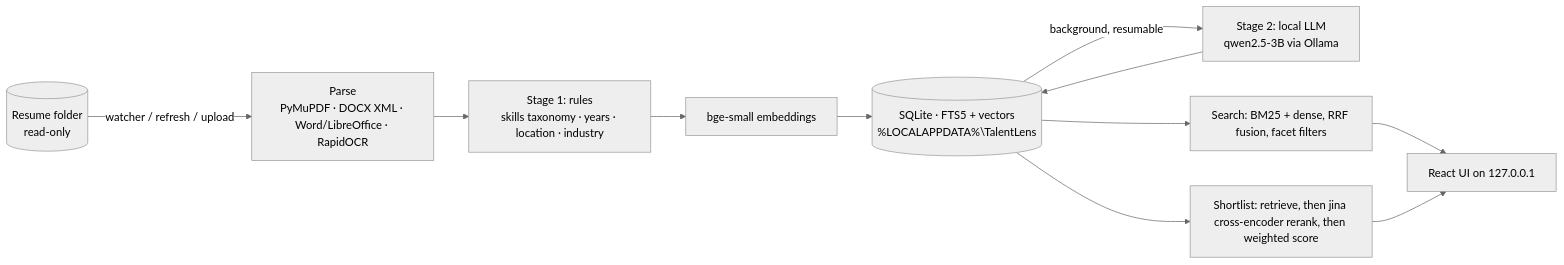
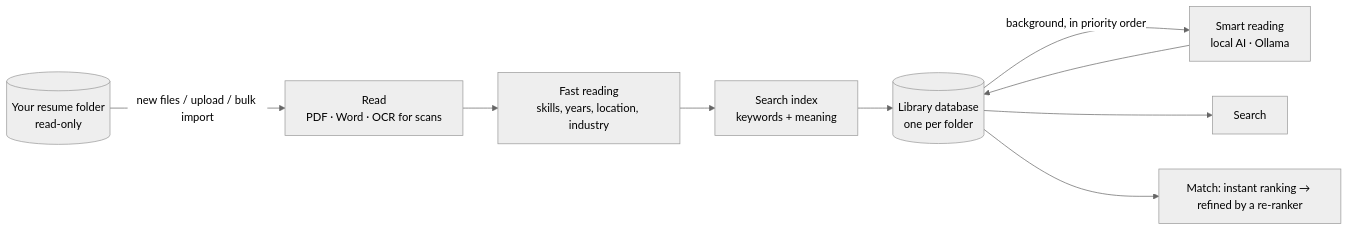
The diagram in README.md (Punosie/talentlens), drawn with Mermaid (neutral theme) before and after one commit. The commit also changed other lines of this file and 22 other files, not shown here.

````diff
--- a/README.md
+++ b/README.md
@@ -64,12 +118,11 @@
 ```mermaid
 flowchart LR
-  F[(Resume folder<br/>read-only)] -->|watcher / refresh / upload| P[Parse<br/>PyMuPDF · DOCX XML · Word/LibreOffice · RapidOCR]
-  P --> R[Stage 1: rules<br/>skills taxonomy · years · location · industry]
-  R --> E[bge-small embeddings]
-  E --> DB[(SQLite · FTS5 + vectors<br/>%LOCALAPPDATA%\TalentLens)]
-  DB -->|background, resumable| L[Stage 2: local LLM<br/>qwen2.5-3B via Ollama]
+  F[(Your resume folder<br/>read-only)] -->|new files / upload / bulk import| P[Read<br/>PDF · Word · OCR for scans]
+  P --> R[Fast reading<br/>skills, years, location, industry]
+  R --> E[Search index<br/>keywords + meaning]
+  E --> DB[(Library database<br/>one per folder)]
+  DB -->|background, in priority order| L[Smart reading<br/>local AI · Ollama]
   L --> DB
-  DB --> S[Search: BM25 + dense, RRF fusion, facet filters]
-  DB --> K[Shortlist: retrieve, then jina cross-encoder rerank, then weighted score]
-  S & K --> UI[React UI on 127.0.0.1]
+  DB --> S[Search]
+  DB --> M[Match: instant ranking → refined by a re-ranker]
 ```
````
